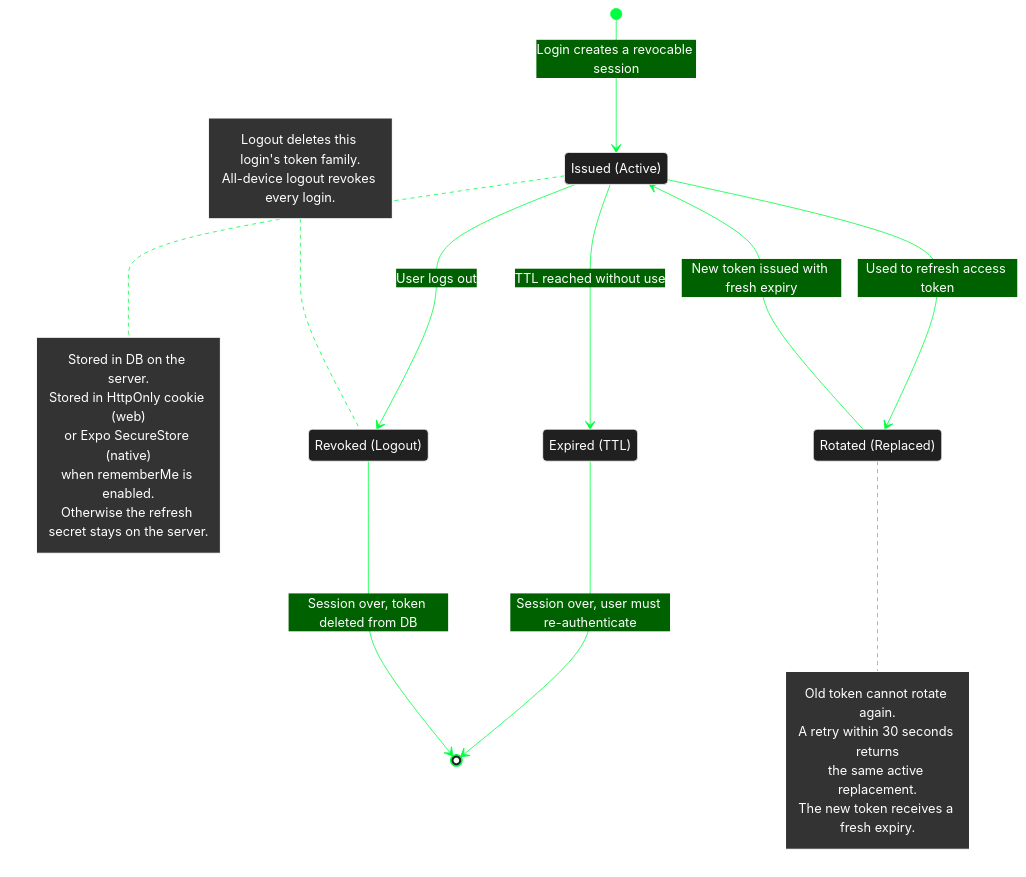
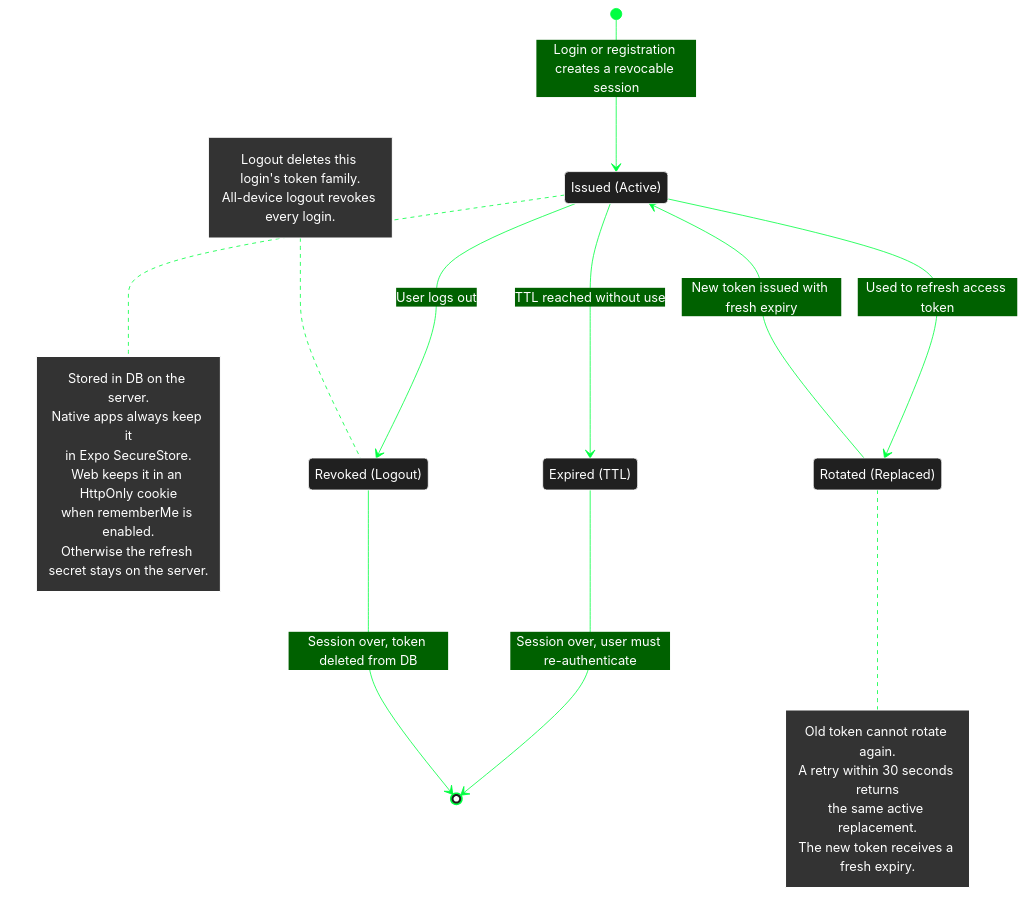
One commit to michaelgreenl/tally-tracker changed the diagram in docs/diagrams/lifecycle/refresh-token.md. Above: the diagram before and after it, drawn with Mermaid. The commit also changed 8 other files, not shown here.

First line of the commit message:
docs(diagrams): match the diagrams to the current code

````diff
--- a/docs/diagrams/lifecycle/refresh-token.md
+++ b/docs/diagrams/lifecycle/refresh-token.md
@@ -3,55 +3,56 @@
 ```mermaid
 %%{
   init: {
     'theme': 'base',
     'themeVariables': {
       'primaryColor': '#202020',
       'primaryTextColor': '#fff',
       'primaryBorderColor': '#ffffff',
       'lineColor': '#00ff41',
       'secondaryColor': '#006100',
       'tertiaryColor': '#fff',
       'noteBkgColor': '#333',
       'noteTextColor': '#fff',
       'noteBorderColor': '#fff'
     }
   }
 }%%
 
 stateDiagram-v2
-    [*] --> Issued: Login creates a revocable session
+    [*] --> Issued: Login or registration creates a revocable session
 
     state "Issued (Active)" as Issued
     state "Rotated (Replaced)" as Rotated
     state "Expired (TTL)" as Expired
     state "Revoked (Logout)" as Revoked
 
     Issued --> Rotated: Used to refresh access token
     Rotated --> Issued: New token issued with fresh expiry
 
     Issued --> Expired: TTL reached without use
     Issued --> Revoked: User logs out
 
     Expired --> [*]: Session over, user must re-authenticate
     Revoked --> [*]: Session over, token deleted from DB
 
     note right of Issued
         Stored in DB on the server.
-        Stored in HttpOnly cookie (web)
-        or Expo SecureStore (native)
+        Native apps always keep it
+        in Expo SecureStore.
+        Web keeps it in an HttpOnly cookie
         when rememberMe is enabled.
         Otherwise the refresh secret stays on the server.
     end note
 
     note right of Rotated
         Old token cannot rotate again.
         A retry within 30 seconds returns
         the same active replacement.
         The new token receives a fresh expiry.
     end note
 
     note left of Revoked
         Logout deletes this login's token family.
         All-device logout revokes every login.
     end note
 ```
````
